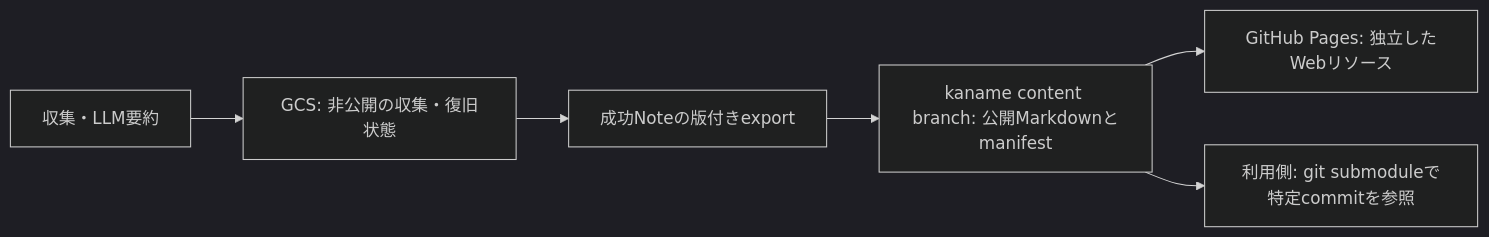
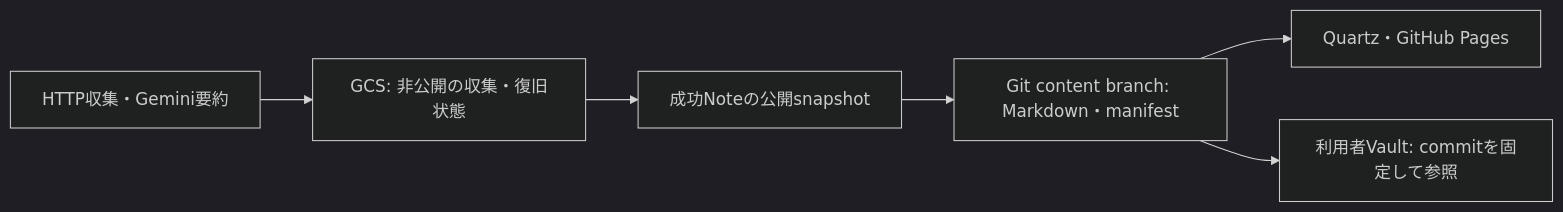
One commit to Ningensei848/kaname changed the diagram in README.md. Above: the diagram before and after it, drawn with Mermaid (dark theme). The commit also changed other lines of this file and 54 other files, not shown here.

````diff
--- a/README.md
+++ b/README.md
@@ -15,8 +8,8 @@
 ```mermaid
 flowchart LR
-    A[収集・LLM要約] --> B[GCS: 非公開の収集・復旧状態]
-    B --> C[成功Noteの版付きexport]
-    C --> D[kaname content branch: 公開Markdownとmanifest]
-    D --> E[GitHub Pages: 独立したWebリソース]
-    D --> F[利用側: git submoduleで特定commitを参照]
+    A[HTTP収集・Gemini要約] --> B[GCS: 非公開の収集・復旧状態]
+    B --> C[成功Noteの公開snapshot]
+    C --> D[Git content branch: Markdown・manifest]
+    D --> E[Quartz・GitHub Pages]
+    D --> F[利用者Vault: commitを固定して参照]
 ```
````
